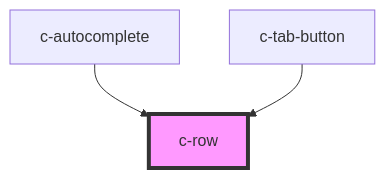
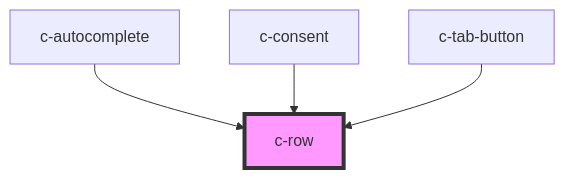
One commit to hannyle/csc-ui changed the diagram in src/components/row/readme.md. Above: the diagram before and after it, drawn with Mermaid. The commit also changed other lines of this file and 24 other files, not shown here.

````diff
--- a/src/components/row/readme.md
+++ b/src/components/row/readme.md
@@ -16,6 +17,7 @@
 ```mermaid
 graph TD;
   c-autocomplete --> c-row
+  c-consent --> c-row
   c-tab-button --> c-row
   style c-row fill:#f9f,stroke:#333,stroke-width:4px
 ```
````
